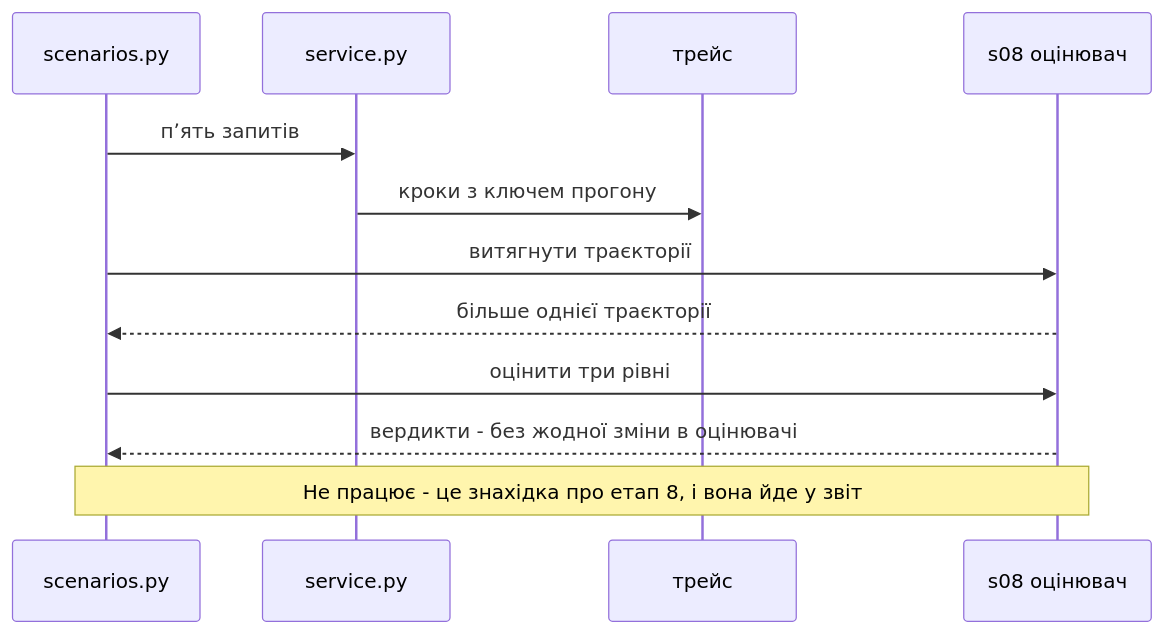
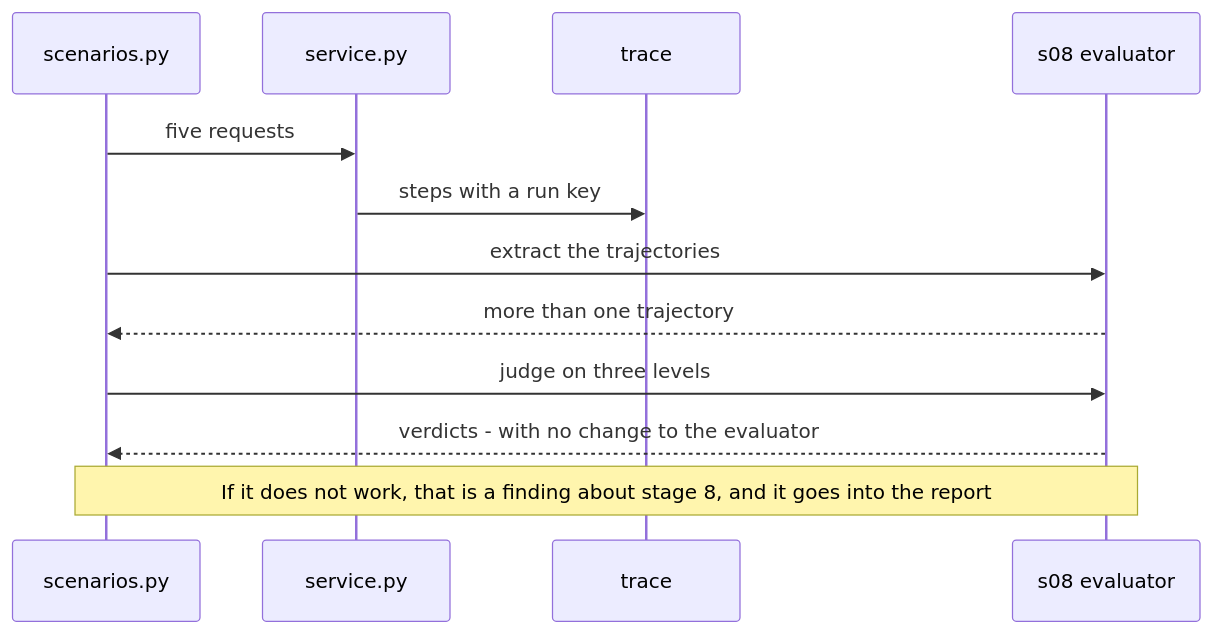
One commit to AZANIR/agentic-ai changed the fifth of 5 diagrams in docs/features/s10-capstone/sad.md. Above: the diagram before and after it, drawn with Mermaid. The commit also changed other lines of this file and 245 other files, not shown here.

````diff
--- a/docs/features/s10-capstone/sad.md
+++ b/docs/features/s10-capstone/sad.md
@@ -214,15 +217,15 @@
 ```mermaid
 sequenceDiagram
     participant S as scenarios.py
     participant SV as service.py
-    participant T as трейс
-    participant E as s08 оцінювач
+    participant T as trace
+    participant E as s08 evaluator
 
-    S->>SV: пʼять запитів
-    SV->>T: кроки з ключем прогону
-    S->>E: витягнути траєкторії
-    E-->>S: більше однієї траєкторії
-    S->>E: оцінити три рівні
-    E-->>S: вердикти - без жодної зміни в оцінювачі
-    Note over S,E: Не працює - це знахідка про етап 8, і вона йде у звіт
+    S->>SV: five requests
+    SV->>T: steps with a run key
+    S->>E: extract the trajectories
+    E-->>S: more than one trajectory
+    S->>E: judge on three levels
+    E-->>S: verdicts - with no change to the evaluator
+    Note over S,E: If it does not work, that is a finding about stage 8, and it goes into the report
 ```
````
